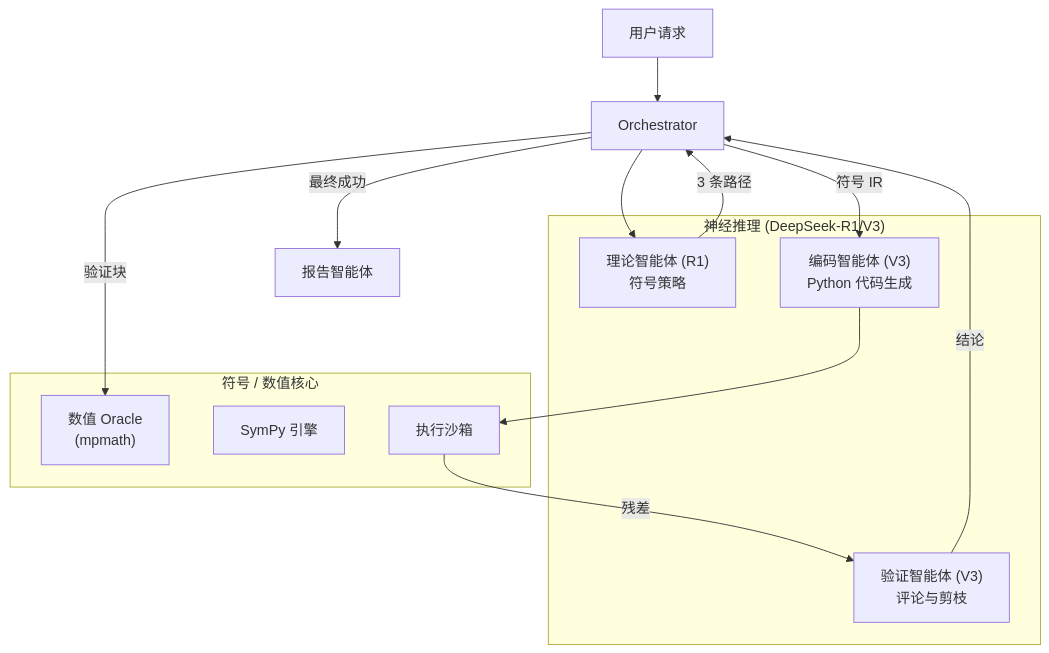
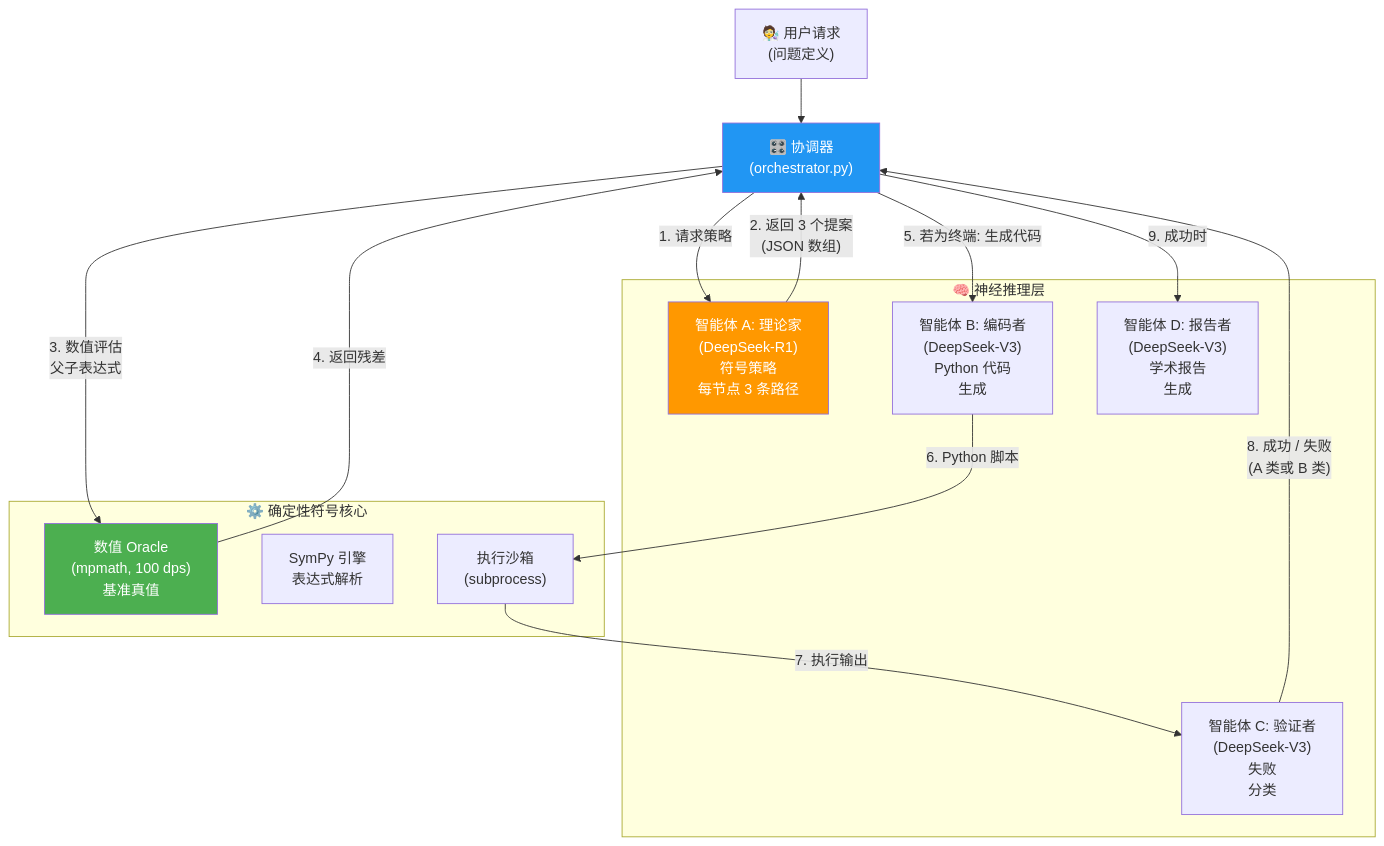
Before and after one commit to XiaoJiang-Phy/NeuroSymbolic-Physics-Solver: the first of 4 diagrams in doc/FINAL_FRAMEWORK_CN.md, drawn with Mermaid. The commit also changed other lines of this file and 3 other files, not shown here.

````diff
--- a/doc/FINAL_FRAMEWORK_CN.md
+++ b/doc/FINAL_FRAMEWORK_CN.md
@@ -7,25 +11,31 @@
 ```mermaid
 graph TD
-    User["用户请求"] --> Orchestrator
+    User["🧑‍🔬 用户请求<br/>(问题定义)"] --> Orchestrator["🎛️ 协调器<br/>(orchestrator.py)"]
     
-    subgraph "神经推理 (DeepSeek-R1/V3)"
-        Theorist["理论智能体 (R1)<br/>符号策略"]
-        Coder["编码智能体 (V3)<br/>Python 代码生成"]
-        Verifier_Agent["验证智能体 (V3)<br/>评论与剪枝"]
+    subgraph "🧠 神经推理层"
+        Theorist["智能体 A: 理论家<br/>(DeepSeek-R1)<br/>符号策略<br/>每节点 3 条路径"]
+        Coder["智能体 B: 编码者<br/>(DeepSeek-V3)<br/>Python 代码<br/>生成"]
+        Verifier_Agent["智能体 C: 验证者<br/>(DeepSeek-V3)<br/>失败<br/>分类"]
+        Reporter["智能体 D: 报告者<br/>(DeepSeek-V3)<br/>学术报告<br/>生成"]
     end
     
-    subgraph "符号 / 数值核心"
-        Oracle["数值 Oracle<br/>(mpmath)"]
-        Sympy["SymPy 引擎"]
-        Sandbox["执行沙箱"]
+    subgraph "⚙️ 确定性符号核心"
+        Oracle["数值 Oracle<br/>(mpmath, 100 dps)<br/>基准真值"]
+        Sympy["SymPy 引擎<br/>表达式解析"]
+        Sandbox["执行沙箱<br/>(subprocess)"]
     end
     
-    Orchestrator --> Theorist
-    Theorist -- "3 条路径" --> Orchestrator
-    Orchestrator -- "验证块" --> Oracle
-    Orchestrator -- "符号 IR" --> Coder
-    Coder --> Sandbox
-    Sandbox -- "残差" --> Verifier_Agent
-    Verifier_Agent -- "结论" --> Orchestrator
-    Orchestrator -- "最终成功" --> Reporter["报告智能体"]
+    Orchestrator -- "1. 请求策略" --> Theorist
+    Theorist -- "2. 返回 3 个提案<br/>(JSON 数组)" --> Orchestrator
+    Orchestrator -- "3. 数值评估<br/>父子表达式" --> Oracle
+    Oracle -- "4. 返回残差" --> Orchestrator
+    Orchestrator -- "5. 若为终端: 生成代码" --> Coder
+    Coder -- "6. Python 脚本" --> Sandbox
+    Sandbox -- "7. 执行输出" --> Verifier_Agent
+    Verifier_Agent -- "8. 成功 / 失败<br/>(A 类或 B 类)" --> Orchestrator
+    Orchestrator -- "9. 成功时" --> Reporter
+    
+    style Orchestrator fill:#2196F3,color:#fff
+    style Oracle fill:#4CAF50,color:#fff
+    style Theorist fill:#FF9800,color:#fff
 ```
````
